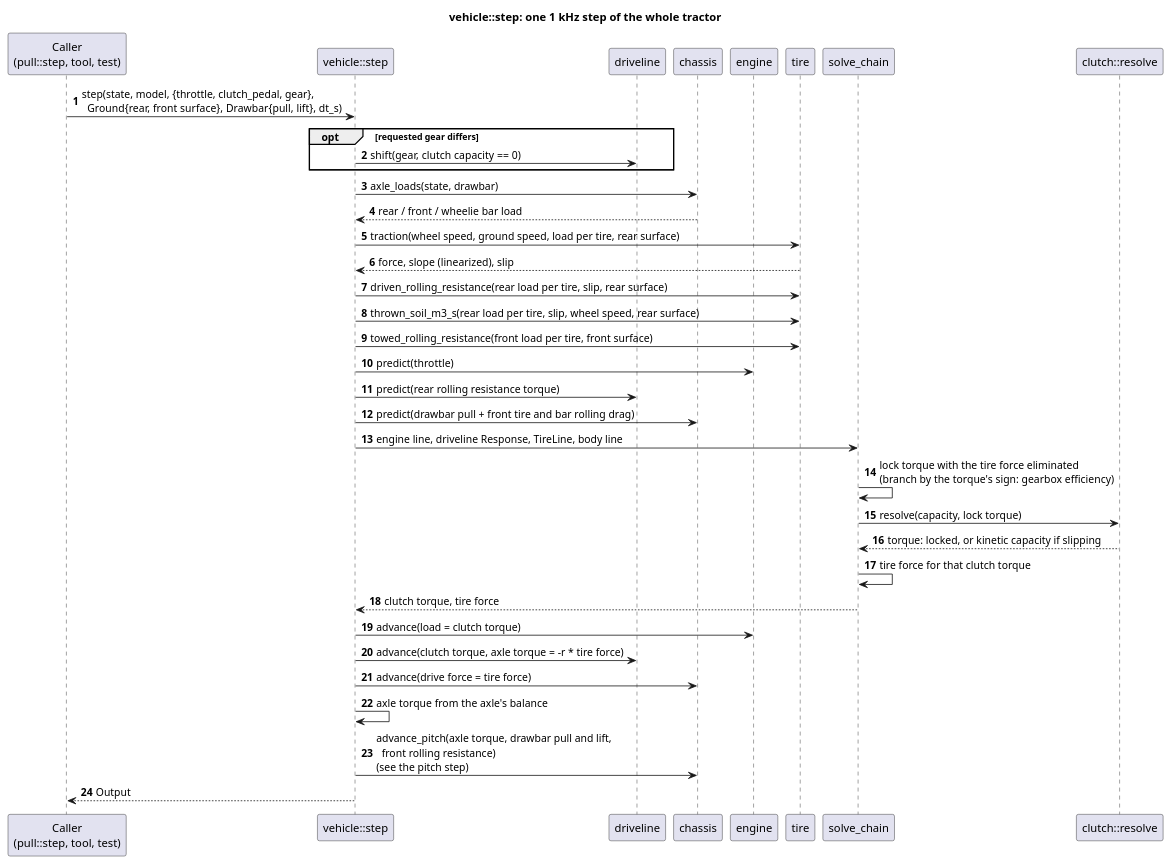
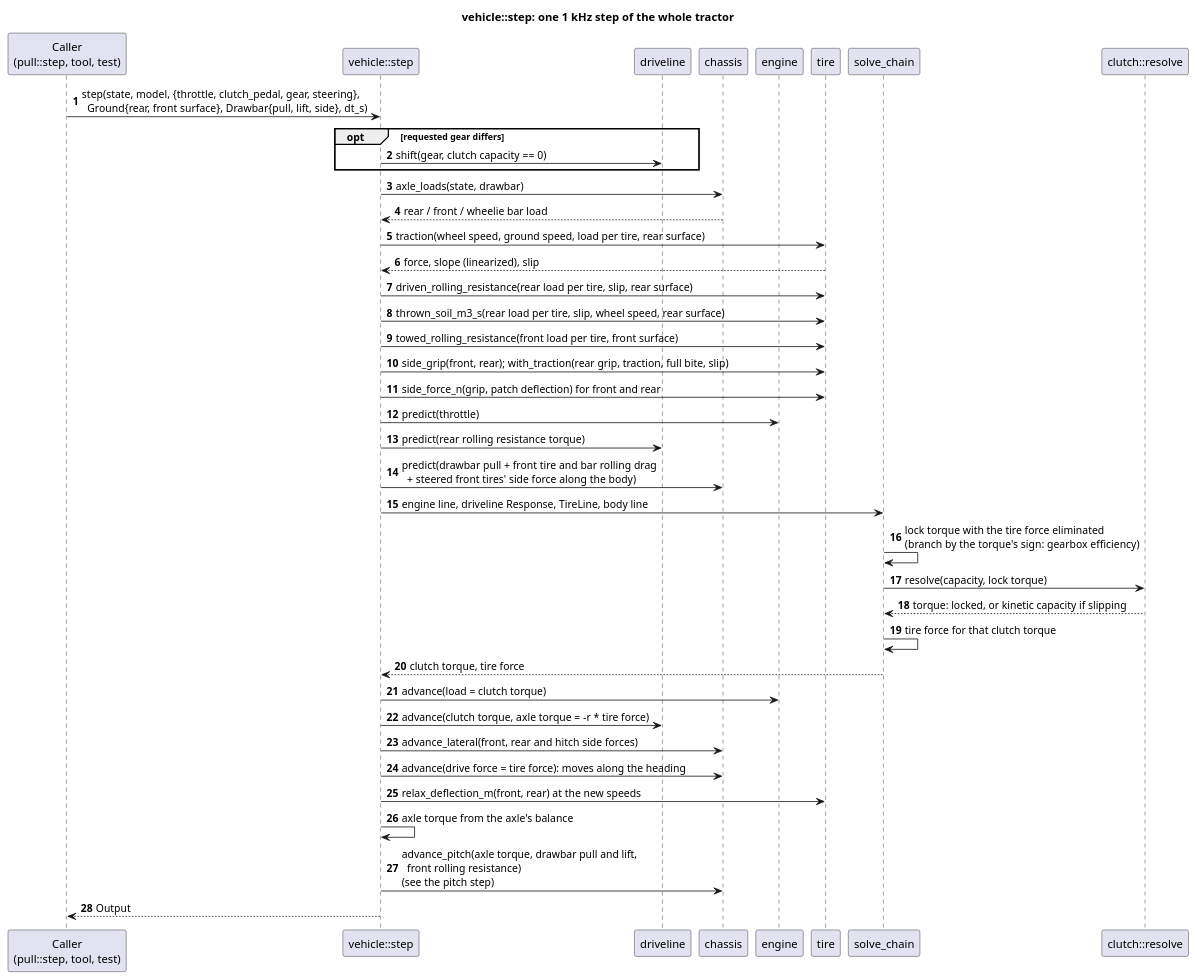
One commit to wversteeg/TractorPulling changed the diagram in docs/diagrams/vehicle_step_sequence.puml. Above: the diagram before and after it, drawn with PlantUML. The commit also changed 49 other files, not shown here.

First line of the commit message:
Let the tractor move sideways and turn: steering and side grip

```diff
--- a/docs/diagrams/vehicle_step_sequence.puml
+++ b/docs/diagrams/vehicle_step_sequence.puml
@@ -1,39 +1,43 @@
 @startuml vehicle_step_sequence
 title vehicle::step: one 1 kHz step of the whole tractor
 autonumber
 participant "Caller\n(pull::step, tool, test)" as Caller
 participant "vehicle::step" as Step
 participant "driveline" as Driveline
 participant "chassis" as Chassis
 participant "engine" as Engine
 participant "tire" as Tire
 participant "solve_chain" as Solve
 participant "clutch::resolve" as Clutch
 
-Caller -> Step : step(state, model, {throttle, clutch_pedal, gear},\n  Ground{rear, front surface}, Drawbar{pull, lift}, dt_s)
+Caller -> Step : step(state, model, {throttle, clutch_pedal, gear, steering},\n  Ground{rear, front surface}, Drawbar{pull, lift, side}, dt_s)
 opt requested gear differs
   Step -> Driveline : shift(gear, clutch capacity == 0)
 end
 Step -> Chassis : axle_loads(state, drawbar)
 Chassis --> Step : rear / front / wheelie bar load
 Step -> Tire : traction(wheel speed, ground speed, load per tire, rear surface)
 Tire --> Step : force, slope (linearized), slip
 Step -> Tire : driven_rolling_resistance(rear load per tire, slip, rear surface)
 Step -> Tire : thrown_soil_m3_s(rear load per tire, slip, wheel speed, rear surface)
 Step -> Tire : towed_rolling_resistance(front load per tire, front surface)
+Step -> Tire : side_grip(front, rear); with_traction(rear grip, traction, full bite, slip)
+Step -> Tire : side_force_n(grip, patch deflection) for front and rear
 Step -> Engine : predict(throttle)
 Step -> Driveline : predict(rear rolling resistance torque)
-Step -> Chassis : predict(drawbar pull + front tire and bar rolling drag)
+Step -> Chassis : predict(drawbar pull + front tire and bar rolling drag\n  + steered front tires' side force along the body)
 Step -> Solve : engine line, driveline Response, TireLine, body line
 Solve -> Solve : lock torque with the tire force eliminated\n(branch by the torque's sign: gearbox efficiency)
 Solve -> Clutch : resolve(capacity, lock torque)
 Clutch --> Solve : torque: locked, or kinetic capacity if slipping
 Solve -> Solve : tire force for that clutch torque
 Solve --> Step : clutch torque, tire force
 Step -> Engine : advance(load = clutch torque)
 Step -> Driveline : advance(clutch torque, axle torque = -r * tire force)
-Step -> Chassis : advance(drive force = tire force)
+Step -> Chassis : advance_lateral(front, rear and hitch side forces)
+Step -> Chassis : advance(drive force = tire force): moves along the heading
+Step -> Tire : relax_deflection_m(front, rear) at the new speeds
 Step -> Step : axle torque from the axle's balance
 Step -> Chassis : advance_pitch(axle torque, drawbar pull and lift,\n  front rolling resistance)\n(see the pitch step)
 Step --> Caller : Output
 @enduml
```
